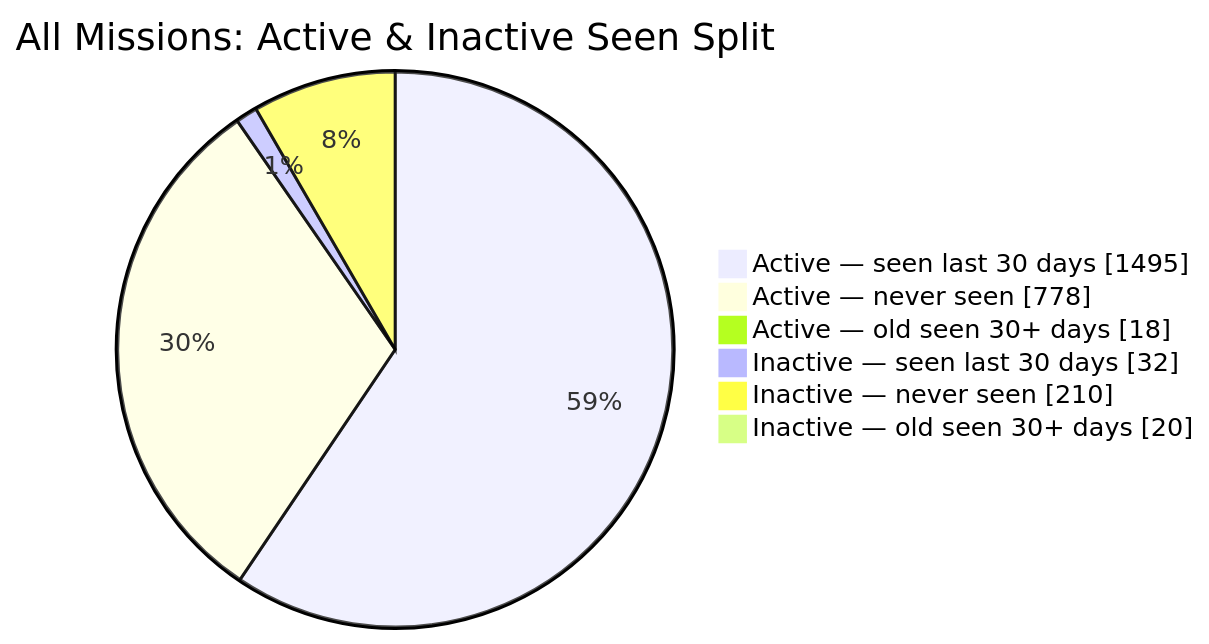
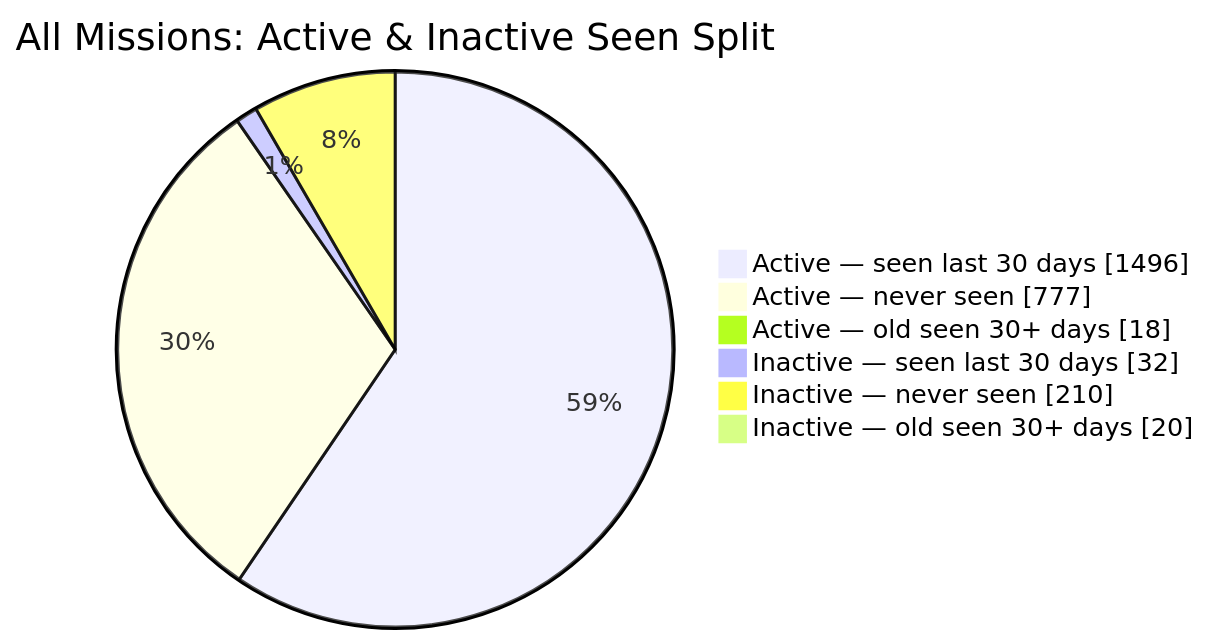
The second of 2 diagrams in README.md (MeldkamerspelGameTeam/active-missions), drawn with Mermaid before and after one commit. The commit also changed other lines of this file and 3 other files, not shown here.

````diff
--- a/README.md
+++ b/README.md
@@ -44,10 +44,10 @@
 ```mermaid
 pie showData
     title All Missions: Active & Inactive Seen Split
-    "Active — seen last 30 days" : 1495
-    "Active — never seen" : 778
+    "Active — seen last 30 days" : 1496
+    "Active — never seen" : 777
     "Active — old seen 30+ days" : 18
     "Inactive — seen last 30 days" : 32
     "Inactive — never seen" : 210
     "Inactive — old seen 30+ days" : 20
 ```
````
